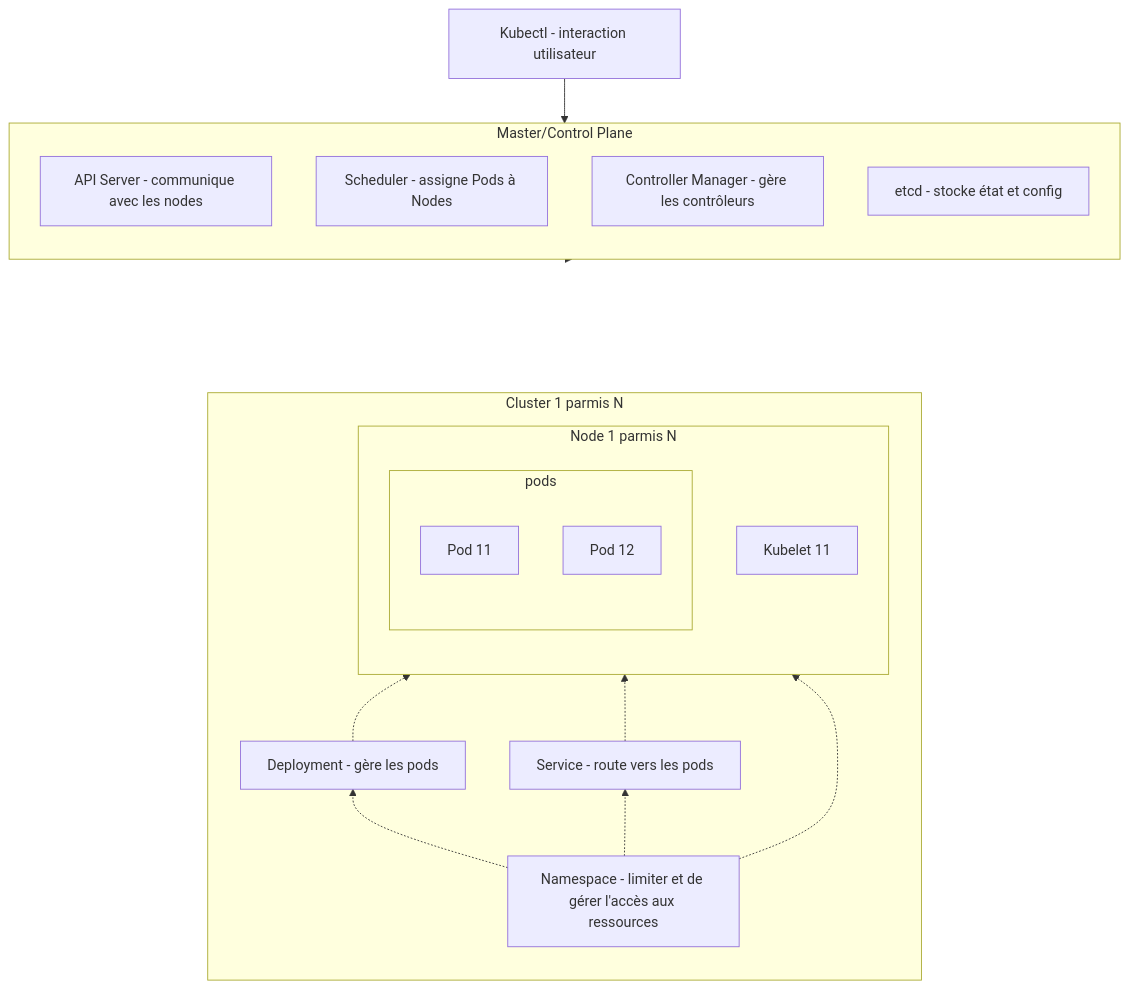
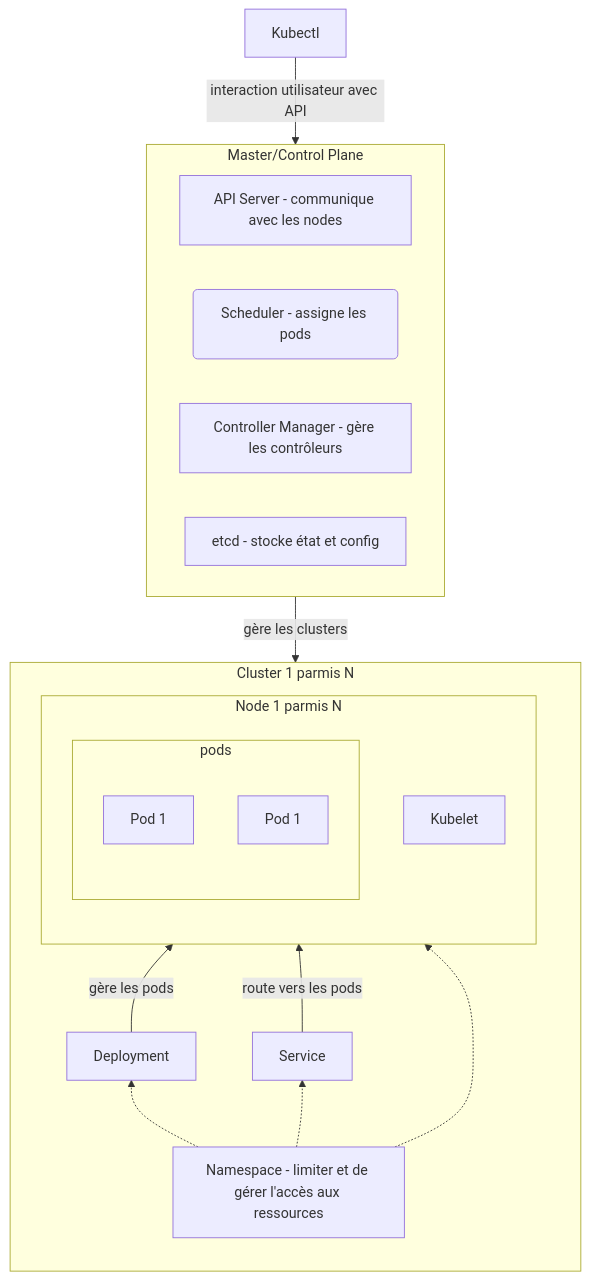
One commit to joyearnaud/hominem changed the second of 2 diagrams in content/skills/container.md. Above: the diagram before and after it, drawn with Mermaid. The commit also changed other lines of this file, not shown here.

````diff
--- a/content/skills/container.md
+++ b/content/skills/container.md
@@ -80,35 +135,35 @@
 ```mermaid
 flowchart TD;
     subgraph master [Master/Control Plane]
-    direction BT
-      apiserver[API Server - communique avec les nodes]
-      scheduler[Scheduler - assigne Pods à Nodes]
+    direction LR
+      apiserver["API Server - communique avec les nodes"]
+      scheduler("Scheduler - assigne les pods")
       controller[Controller Manager - gère les contrôleurs]
       etcd[etcd - stocke état et config]
     end
   
     subgraph n1[Node 1 parmis N]
     direction BT
-      kubelet1[Kubelet 11]
+      kubelet1[Kubelet]
       subgraph pn1[pods]
-        pod1[Pod 11]
-        pod2[Pod 12]
+        pod1[Pod 1]
+        pod2[Pod 1]
       end
     end
 
     subgraph c1[Cluster 1 parmis N]
     direction BT
-      deployment[Deployment - gère les pods]
-      service[Service - route vers les pods]
+      deployment[Deployment]
+      service[Service]
       namespace[Namespace - limiter et de gérer l'accès aux ressources]
       n1
     end
 
-    master ----> n1
-    deployment -.-> pn1
-    service -.-> pn1
+    kubectl[Kubectl] -->|interaction utilisateur avec API| master
+    master -->|"gère les clusters"| c1
+    deployment -->|gère les pods| pn1
+    service -->|route vers les pods| pn1
     namespace -.-> pn1
     namespace -.-> deployment
     namespace -.-> service
-    kubectl[Kubectl - interaction utilisateur] --> apiserver
 ```
````
